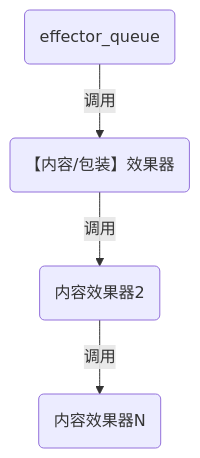
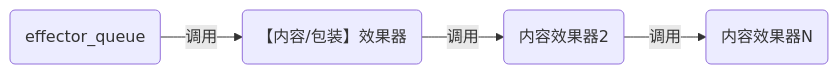
The diagram in web.md (zheng-dev/zheng-dev.github.io), drawn with Mermaid before and after one commit. The commit also changed other lines of this file and 3 other files, not shown here.

````diff
--- a/web.md
+++ b/web.md
@@ -81,4 +79,4 @@
 ```mermaid
-graph TD
+graph LR
 eq("effector_queue")--"调用"-->eTxt1("【内容/包装】效果器")--"调用"-->eTxt2("内容效果器2")--"调用"-->eTxt3("内容效果器N")
 ```
````
